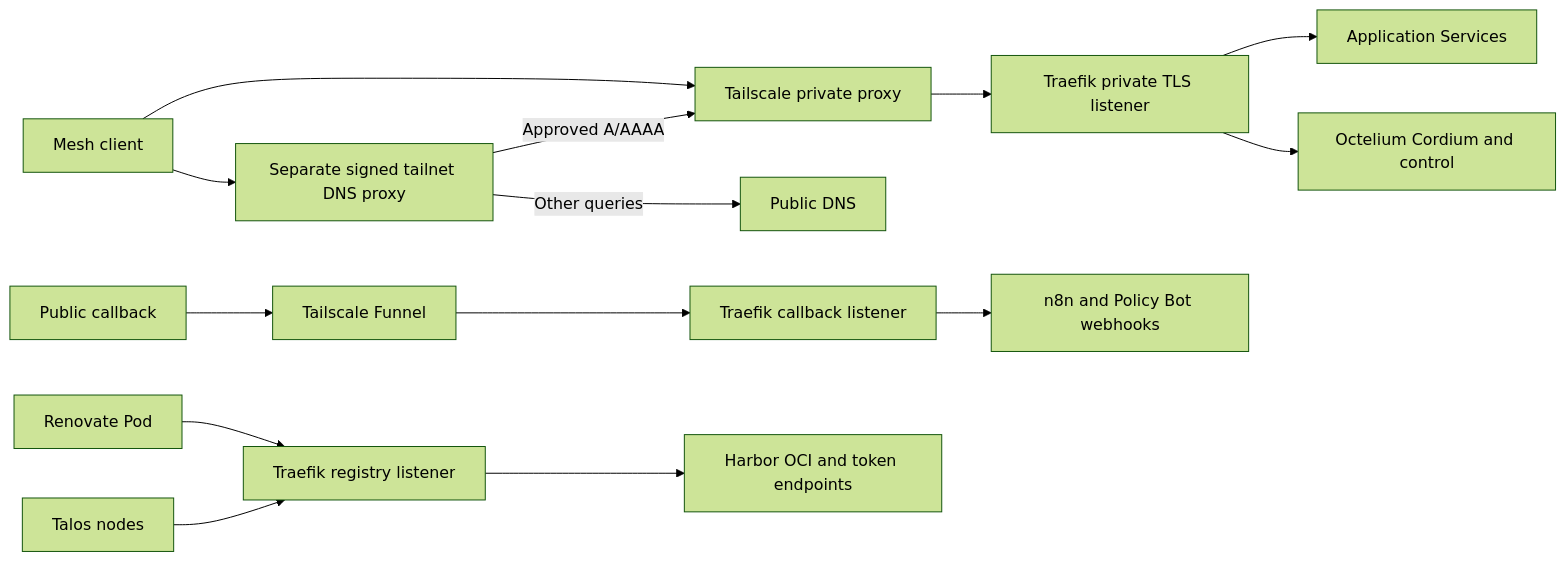
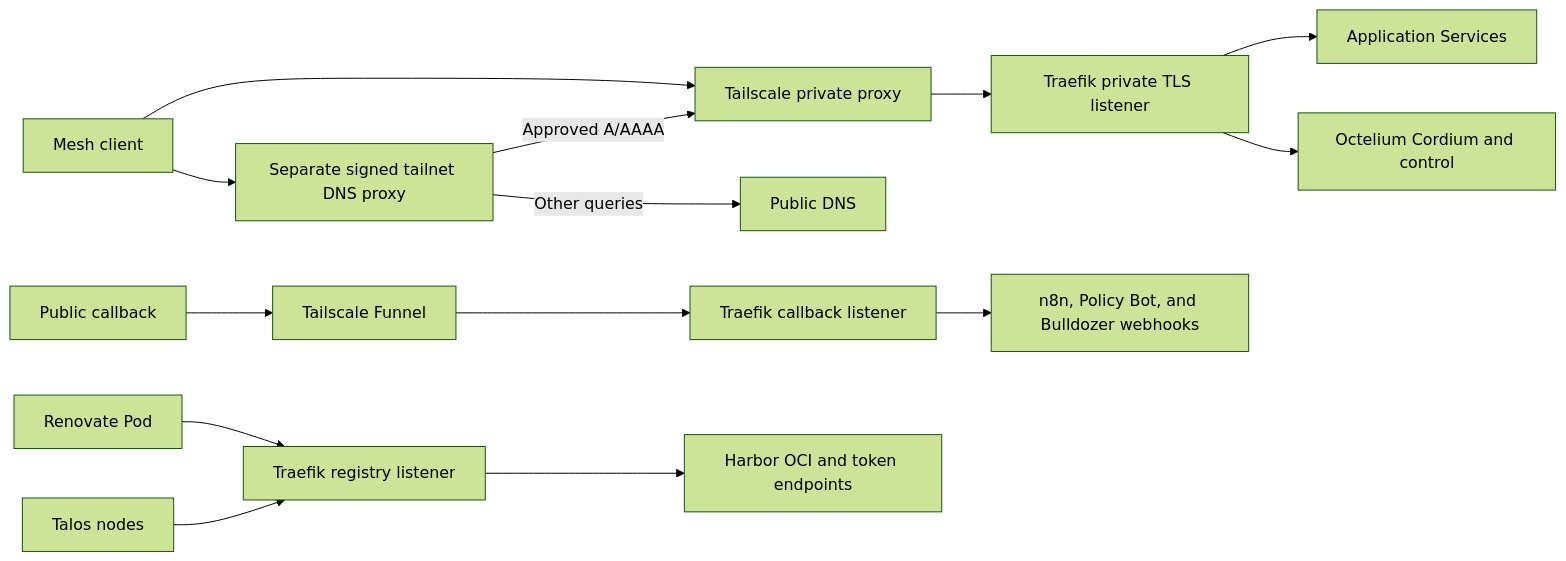
The diagram in openwiki/runbooks/tailnet-ingress.md (Stuhlmuller/homelab), drawn with Mermaid (forest theme) before and after one commit. The commit also changed other lines of this file and 3 other files, not shown here.

````diff
--- a/openwiki/runbooks/tailnet-ingress.md
+++ b/openwiki/runbooks/tailnet-ingress.md
@@ -112,16 +112,16 @@
 ```mermaid
 flowchart LR
     Client --> DNS[Separate signed tailnet DNS proxy]
     DNS -->|Approved A/AAAA| Private
     DNS -->|Other queries| PublicDNS[Public DNS]
     Client[Mesh client] --> Private[Tailscale private proxy]
     Private --> TLS[Traefik private TLS listener]
     TLS --> Apps[Application Services]
     TLS --> Cordium[Octelium Cordium and control]
     Public[Public callback] --> Funnel[Tailscale Funnel]
     Funnel --> HTTP[Traefik callback listener]
-    HTTP --> Hooks[n8n and Policy Bot webhooks]
+    HTTP --> Hooks[n8n, Policy Bot, and Bulldozer webhooks]
     Nodes[Talos nodes] --> Registry[Traefik registry listener]
     Renovate[Renovate Pod] --> Registry
     Registry --> Harbor[Harbor OCI and token endpoints]
 ```
````
